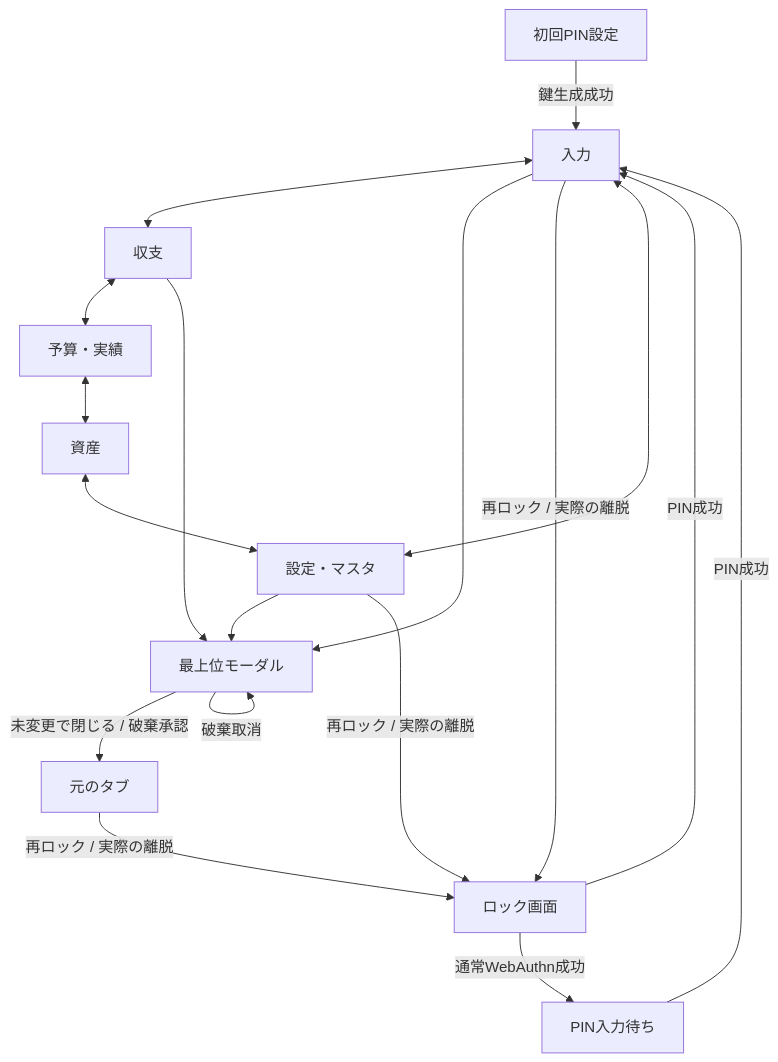
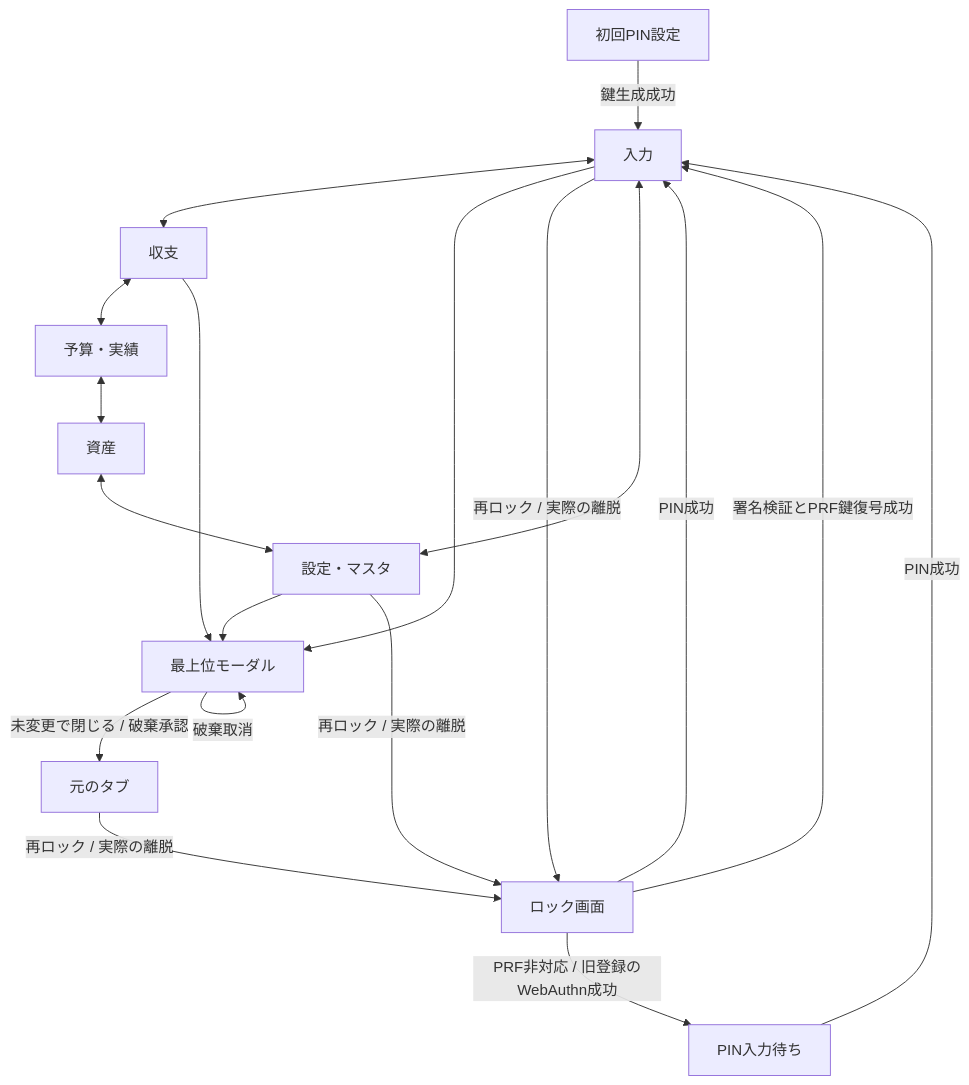
Before and after one commit to tekuteku-life/yose: the third of 3 diagrams in docs/external_design.md, drawn with Mermaid. The commit also changed other lines of this file and 62 other files, not shown here.

````diff
--- a/docs/external_design.md
+++ b/docs/external_design.md
@@ -686,20 +689,21 @@
 ```mermaid
 flowchart TD
     First["初回PIN設定"] -->|"鍵生成成功"| Input["入力"]
     Locked["ロック画面"] -->|"PIN成功"| Input
-    Locked -->|"通常WebAuthn成功"| NeedPIN["PIN入力待ち"]
+    Locked -->|"署名検証とPRF鍵復号成功"| Input
+    Locked -->|"PRF非対応 / 旧登録のWebAuthn成功"| NeedPIN["PIN入力待ち"]
     NeedPIN -->|"PIN成功"| Input
     Input <--> Cash["収支"]
     Cash <--> Budget["予算・実績"]
     Budget <--> Assets["資産"]
     Assets <--> Settings["設定・マスタ"]
     Settings <--> Input
     Input --> Modal["最上位モーダル"]
     Cash --> Modal
     Settings --> Modal
     Modal -->|"未変更で閉じる / 破棄承認"| Previous["元のタブ"]
     Modal -->|"破棄取消"| Modal
     Previous -->|"再ロック / 実際の離脱"| Locked
     Input -->|"再ロック / 実際の離脱"| Locked
     Settings -->|"再ロック / 実際の離脱"| Locked
 ```
````
